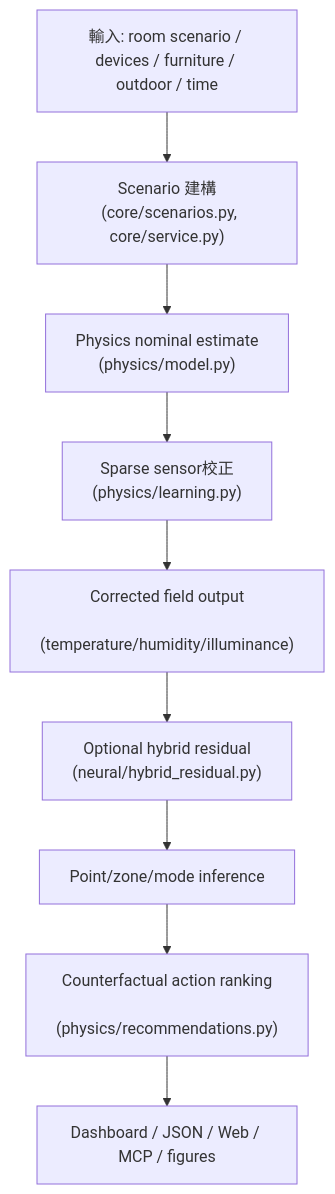
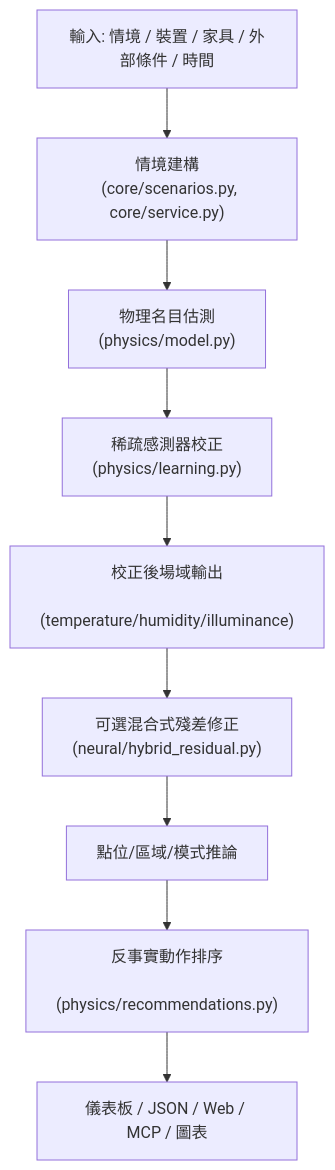
One commit to Yunitrish006006/Three-Factor-Digital-Twin changed the first of 2 diagrams in OPEN_SPEC.md. Above: the diagram before and after it, drawn with Mermaid. The commit also changed other lines of this file and 2 other files, not shown here.

First line of the commit message:
Add project academic architecture and file classification documentation in Chinese

````diff
--- a/OPEN_SPEC.md
+++ b/OPEN_SPEC.md
@@ -126,20 +153,20 @@
 ```mermaid
 flowchart TB
-  Input["輸入: room scenario / devices / furniture / outdoor / time"]
-  Scenario["Scenario 建構
+  Input["輸入: 情境 / 裝置 / 家具 / 外部條件 / 時間"]
+  Scenario["情境建構
   (core/scenarios.py, core/service.py)"]
-  Nominal["Physics nominal estimate
+  Nominal["物理名目估測
   (physics/model.py)"]
-  Calibration["Sparse sensor校正
+  Calibration["稀疏感測器校正
   (physics/learning.py)"]
-  Corrected["Corrected field output
+  Corrected["校正後場域輸出
   (temperature/humidity/illuminance)"]
-  Residual["Optional hybrid residual
+  Residual["可選混合式殘差修正
   (neural/hybrid_residual.py)"]
-  Inference["Point/zone/mode inference"]
-  Recommendation["Counterfactual action ranking
+  Inference["點位/區域/模式推論"]
+  Recommendation["反事實動作排序
   (physics/recommendations.py)"]
-  Output["Dashboard / JSON / Web / MCP / figures"]
+  Output["儀表板 / JSON / Web / MCP / 圖表"]
 
   Input --> Scenario --> Nominal --> Calibration --> Corrected --> Residual --> Inference --> Recommendation --> Output
 ```
````
